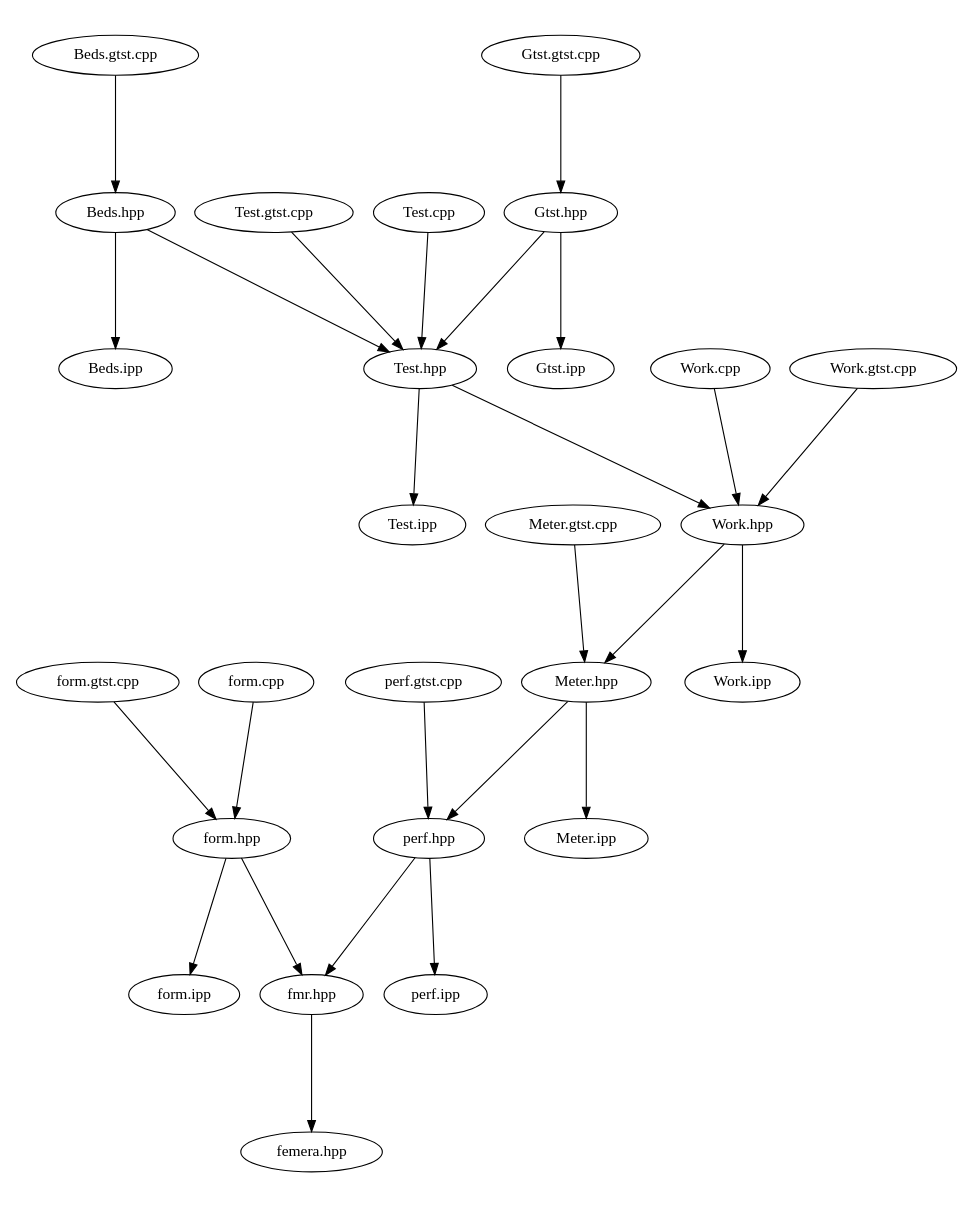
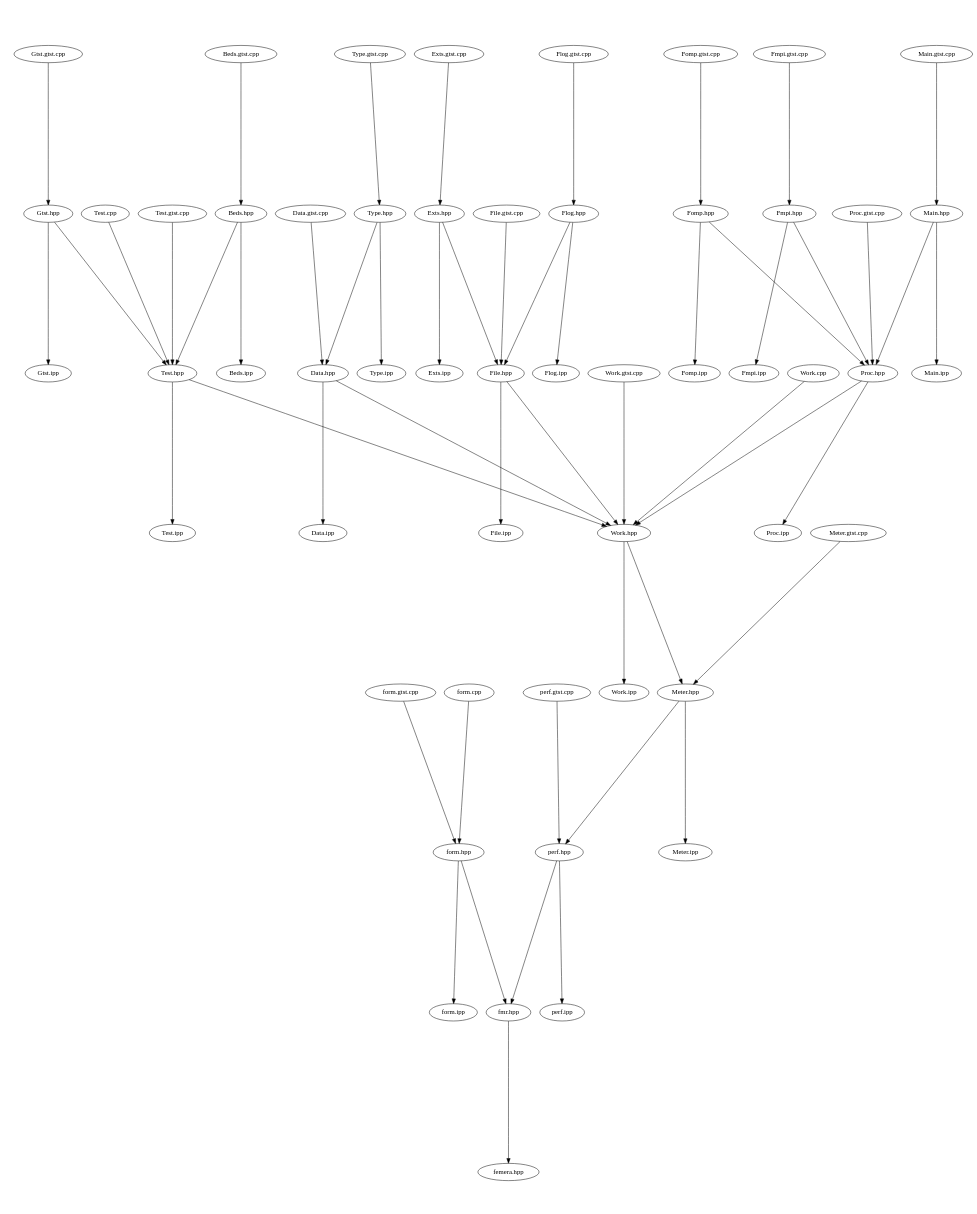
Before and after one commit to waggyz/femera-mini-app: the diagram in src/docs/src.dot, drawn with Graphviz. The commit also changed 2 other files, not shown here.

Commit message:
implementing fmr::proc:: and minimal fmr::file::, fmr::test::, fmr::data::

```diff
--- a/src/docs/src.dot
+++ b/src/docs/src.dot
@@ -1,33 +1,60 @@
 digraph "source tree" {
     overlap=scale;
     size="8,10";
     ratio="fill";
     fontsize="16";
     fontname="Helvetica";
 	clusterrank="local";
 	"Meter.hpp" -> "perf.hpp"
-	"perf.hpp" -> "fmr.hpp"
-	"Beds.gtst.cpp" -> "Beds.hpp"
+	"Fomp.hpp" -> "Fomp.ipp"
 	"Gtst.hpp" -> "Gtst.ipp"
 	"Test.gtst.cpp" -> "Test.hpp"
+	"Exts.hpp" -> "Exts.ipp"
+	"Type.hpp" -> "Data.hpp"
+	"Type.gtst.cpp" -> "Type.hpp"
+	"Fmpi.hpp" -> "Fmpi.ipp"
+	"File.hpp" -> "Work.hpp"
+	"form.cpp" -> "form.hpp"
+	"Flog.gtst.cpp" -> "Flog.hpp"
+	"Fmpi.gtst.cpp" -> "Fmpi.hpp"
+	"perf.hpp" -> "perf.ipp"
+	"File.gtst.cpp" -> "File.hpp"
+	"perf.gtst.cpp" -> "perf.hpp"
+	"Work.cpp" -> "Work.hpp"
+	"Main.hpp" -> "Main.ipp"
+	"Proc.hpp" -> "Proc.ipp"
+	"Test.cpp" -> "Test.hpp"
+	"perf.hpp" -> "fmr.hpp"
+	"Exts.gtst.cpp" -> "Exts.hpp"
+	"Data.gtst.cpp" -> "Data.hpp"
+	"Beds.gtst.cpp" -> "Beds.hpp"
+	"Exts.hpp" -> "File.hpp"
+	"Data.hpp" -> "Data.ipp"
+	"Fomp.gtst.cpp" -> "Fomp.hpp"
 	"form.gtst.cpp" -> "form.hpp"
+	"Proc.gtst.cpp" -> "Proc.hpp"
+	"Type.hpp" -> "Type.ipp"
 	"Work.hpp" -> "Work.ipp"
+	"Fmpi.hpp" -> "Proc.hpp"
+	"Meter.gtst.cpp" -> "Meter.hpp"
 	"Test.hpp" -> "Work.hpp"
-	"Meter.gtst.cpp" -> "Meter.hpp"
-	"form.cpp" -> "form.hpp"
 	"Beds.hpp" -> "Test.hpp"
 	"Gtst.gtst.cpp" -> "Gtst.hpp"
 	"fmr.hpp" -> "femera.hpp"
-	"perf.hpp" -> "perf.ipp"
+	"form.hpp" -> "form.ipp"
 	"form.hpp" -> "fmr.hpp"
-	"form.hpp" -> "form.ipp"
+	"Proc.hpp" -> "Work.hpp"
 	"Gtst.hpp" -> "Test.hpp"
+	"Data.hpp" -> "Work.hpp"
 	"Beds.hpp" -> "Beds.ipp"
-	"perf.gtst.cpp" -> "perf.hpp"
-	"Work.cpp" -> "Work.hpp"
 	"Work.hpp" -> "Meter.hpp"
+	"Main.gtst.cpp" -> "Main.hpp"
 	"Work.gtst.cpp" -> "Work.hpp"
-	"Test.cpp" -> "Test.hpp"
+	"Fomp.hpp" -> "Proc.hpp"
+	"Main.hpp" -> "Proc.hpp"
+	"File.hpp" -> "File.ipp"
+	"Flog.hpp" -> "Flog.ipp"
+	"Flog.hpp" -> "File.hpp"
+	"Meter.hpp" -> "Meter.ipp"
 	"Test.hpp" -> "Test.ipp"
-	"Meter.hpp" -> "Meter.ipp"
 }
```
